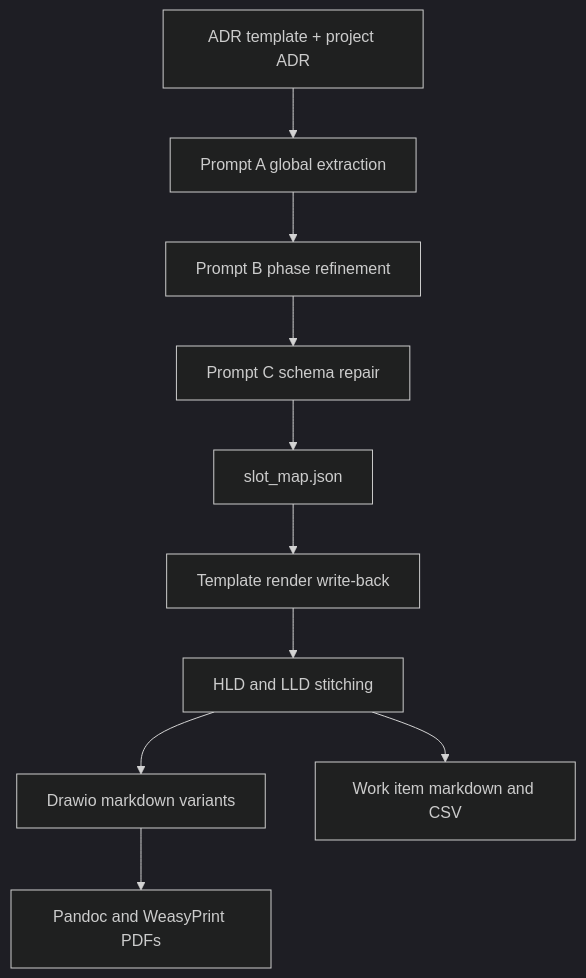
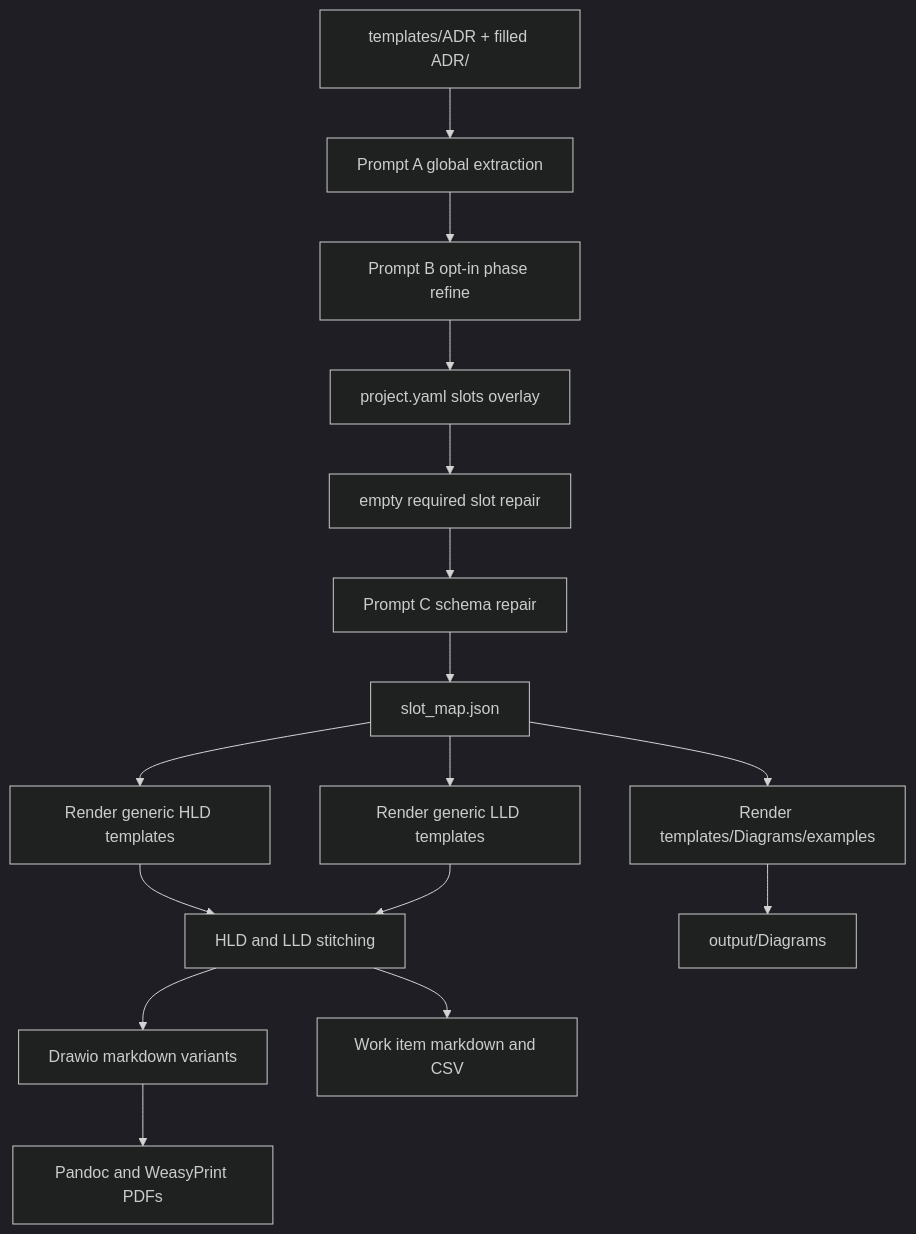
The second of 2 diagrams in docs/ARCHITECTURE.md (stratus-ss/arch-design-doc-generator), drawn with Mermaid (dark theme) before and after one commit. The commit also changed other lines of this file and 4 other files, not shown here.

````diff
--- a/docs/ARCHITECTURE.md
+++ b/docs/ARCHITECTURE.md
@@ -34,12 +36,18 @@
 ```mermaid
 flowchart TD
-    AdrInput[ADR template + project ADR] --> PromptGlobal[Prompt A global extraction]
-    PromptGlobal --> PromptPhase[Prompt B phase refinement]
-    PromptPhase --> PromptRepair[Prompt C schema repair]
+    AdrInput[templates/ADR + filled ADR/] --> PromptGlobal[Prompt A global extraction]
+    PromptGlobal --> PromptPhase[Prompt B opt-in phase refine]
+    PromptPhase --> Overlay[project.yaml slots overlay]
+    Overlay --> EmptyRepair[empty required slot repair]
+    EmptyRepair --> PromptRepair[Prompt C schema repair]
     PromptRepair --> SlotMap[slot_map.json]
-    SlotMap --> RenderTemplates[Template render write-back]
-    RenderTemplates --> StitchDocs[HLD and LLD stitching]
+    SlotMap --> RenderHld[Render generic HLD templates]
+    SlotMap --> RenderLld[Render generic LLD templates]
+    SlotMap --> RenderDrawio[Render templates/Diagrams/examples]
+    RenderHld --> StitchDocs[HLD and LLD stitching]
+    RenderLld --> StitchDocs
+    RenderDrawio --> OutputDiagrams[output/Diagrams]
     StitchDocs --> DrawioVariants[Drawio markdown variants]
     DrawioVariants --> Pdfs[Pandoc and WeasyPrint PDFs]
     StitchDocs --> WorkitemsOut[Work item markdown and CSV]
 ```
````
